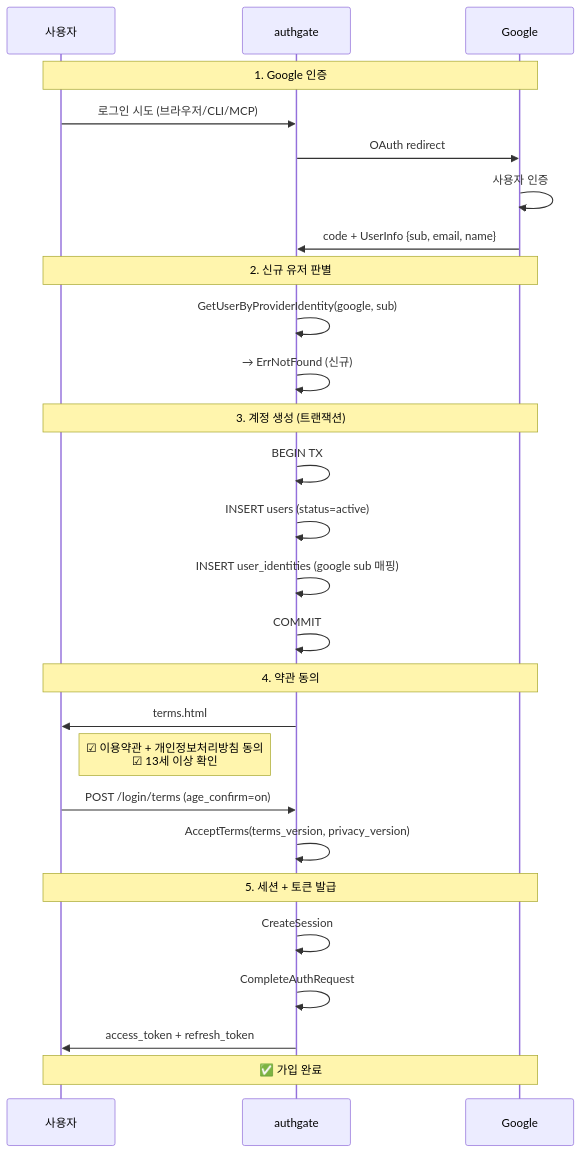
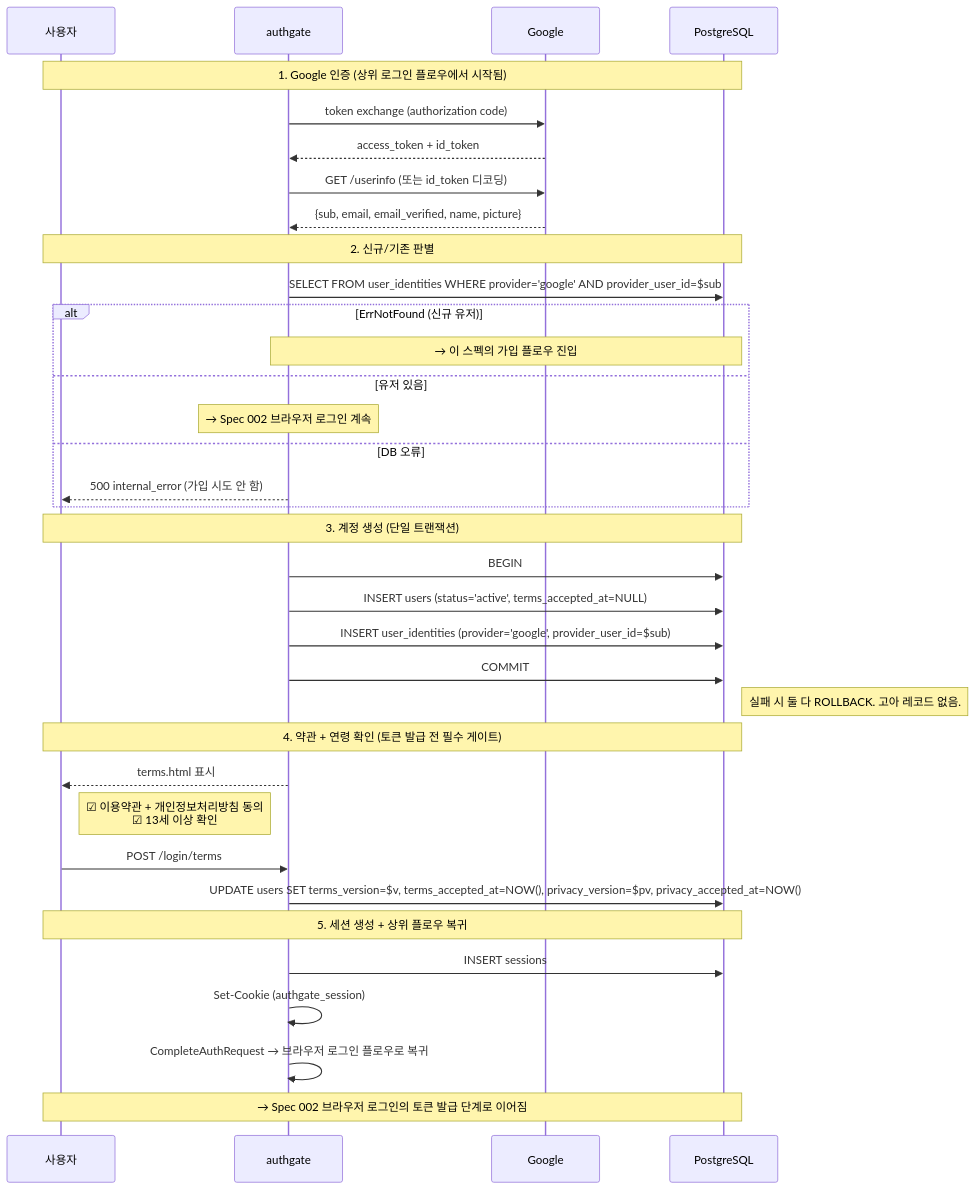
One commit to cagojeiger/authgate changed the diagram in docs/spec/001-signup.md. Above: the diagram before and after it, drawn with Mermaid. The commit also changed other lines of this file and 10 other files, not shown here.

First line of the commit message:
docs: complete spec rewrite — consistent model across all 9 specs

````diff
--- a/docs/spec/001-signup.md
+++ b/docs/spec/001-signup.md
@@ -25,35 +50,42 @@
 ```mermaid
 sequenceDiagram
     participant U as 사용자
     participant AG as authgate
     participant G as Google
+    participant DB as PostgreSQL
 
-    Note over U,G: 1. Google 인증
-    U->>AG: 로그인 시도 (브라우저/CLI/MCP)
-    AG->>G: OAuth redirect
-    G->>G: 사용자 인증
-    G->>AG: code + UserInfo {sub, email, name}
+    Note over U,DB: 1. Google 인증 (상위 로그인 플로우에서 시작됨)
+    AG->>G: token exchange (authorization code)
+    G-->>AG: access_token + id_token
+    AG->>G: GET /userinfo (또는 id_token 디코딩)
+    G-->>AG: {sub, email, email_verified, name, picture}
 
-    Note over U,G: 2. 신규 유저 판별
-    AG->>AG: GetUserByProviderIdentity(google, sub)
-    AG->>AG: → ErrNotFound (신규)
+    Note over U,DB: 2. 신규/기존 판별
+    AG->>DB: SELECT FROM user_identities WHERE provider='google' AND provider_user_id=$sub
+    alt ErrNotFound (신규 유저)
+        Note over AG,DB: → 이 스펙의 가입 플로우 진입
+    else 유저 있음
+        Note over AG: → Spec 002 브라우저 로그인 계속
+    else DB 오류
+        AG-->>U: 500 internal_error (가입 시도 안 함)
+    end
 
-    Note over U,G: 3. 계정 생성 (트랜잭션)
-    AG->>AG: BEGIN TX
-    AG->>AG: INSERT users (status=active)
-    AG->>AG: INSERT user_identities (google sub 매핑)
-    AG->>AG: COMMIT
+    Note over U,DB: 3. 계정 생성 (단일 트랜잭션)
+    AG->>DB: BEGIN
+    AG->>DB: INSERT users (status='active', terms_accepted_at=NULL)
+    AG->>DB: INSERT user_identities (provider='google', provider_user_id=$sub)
+    AG->>DB: COMMIT
+    Note right of DB: 실패 시 둘 다 ROLLBACK. 고아 레코드 없음.
 
-    Note over U,G: 4. 약관 동의
-    AG->>U: terms.html
+    Note over U,DB: 4. 약관 + 연령 확인 (토큰 발급 전 필수 게이트)
+    AG-->>U: terms.html 표시
     Note right of U: ☑ 이용약관 + 개인정보처리방침 동의<br/>☑ 13세 이상 확인
-    U->>AG: POST /login/terms (age_confirm=on)
-    AG->>AG: AcceptTerms(terms_version, privacy_version)
+    U->>AG: POST /login/terms
+    AG->>DB: UPDATE users SET terms_version=$v, terms_accepted_at=NOW(), privacy_version=$pv, privacy_accepted_at=NOW()
 
-    Note over U,G: 5. 세션 + 토큰 발급
-    AG->>AG: CreateSession
-    AG->>AG: CompleteAuthRequest
-    AG->>U: access_token + refresh_token
-
-    Note over U,G: ✅ 가입 완료
+    Note over U,DB: 5. 세션 생성 + 상위 플로우 복귀
+    AG->>DB: INSERT sessions
+    AG->>AG: Set-Cookie (authgate_session)
+    AG->>AG: CompleteAuthRequest → 브라우저 로그인 플로우로 복귀
+    Note over U,DB: → Spec 002 브라우저 로그인의 토큰 발급 단계로 이어짐
 ```
````
